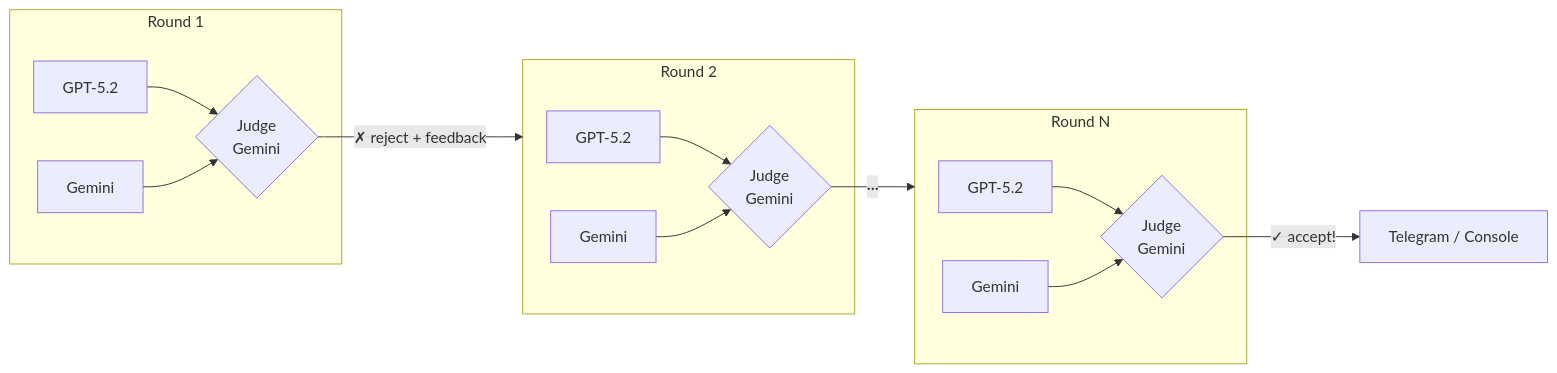
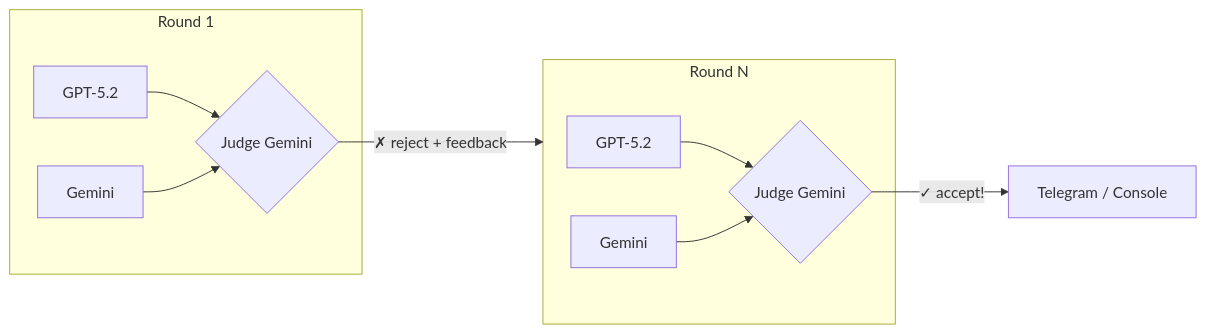
The diagram in README.md (amadeuszi/business-idea-refiner-daily), drawn with Mermaid before and after one commit.

Commit message:
Improve readabilite of the graph

````diff
--- a/README.md
+++ b/README.md
@@ -11,21 +11,15 @@
 ```mermaid
 flowchart LR
     subgraph Round1 [Round 1]
-        G1[GPT-5.2] --> J1{Judge\nGemini}
+        G1[GPT-5.2] --> J1{Judge Gemini}
         GM1[Gemini] --> J1
     end
 
-    subgraph Round2 [Round 2]
-        G2[GPT-5.2] --> J2{Judge\nGemini}
-        GM2[Gemini] --> J2
-    end
-
     subgraph RoundN [Round N]
-        GN[GPT-5.2] --> JN{Judge\nGemini}
+        GN[GPT-5.2] --> JN{Judge Gemini}
         GMN[Gemini] --> JN
     end
 
-    J1 -- "✗ reject + feedback" --> Round2
-    J2 -- "···" --> RoundN
+    J1 -- "✗ reject + feedback" --> RoundN
     JN -- "✓ accept!" --> Ship["Telegram / Console"]
 ```
````
